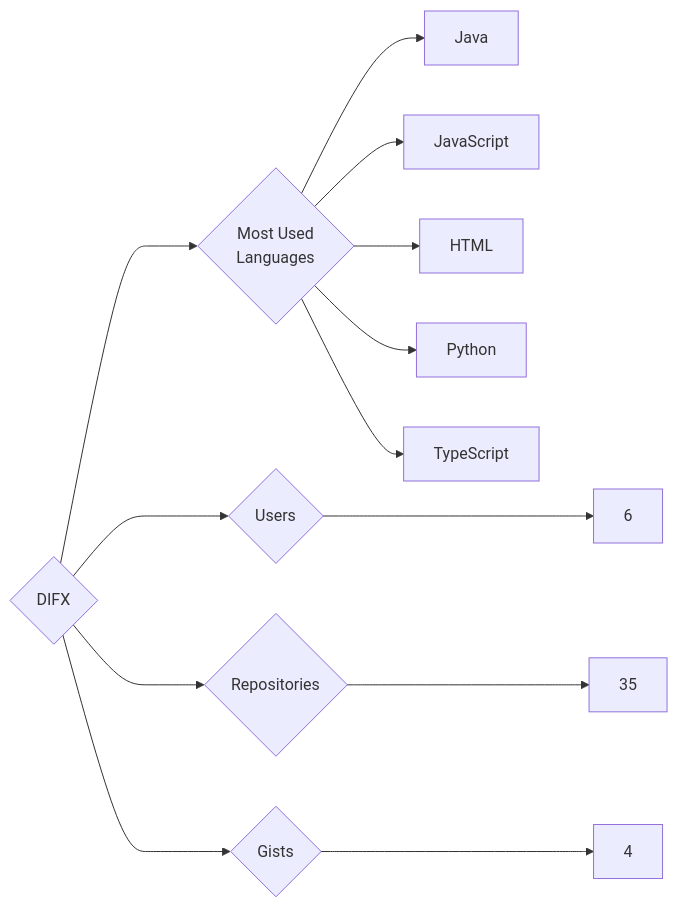
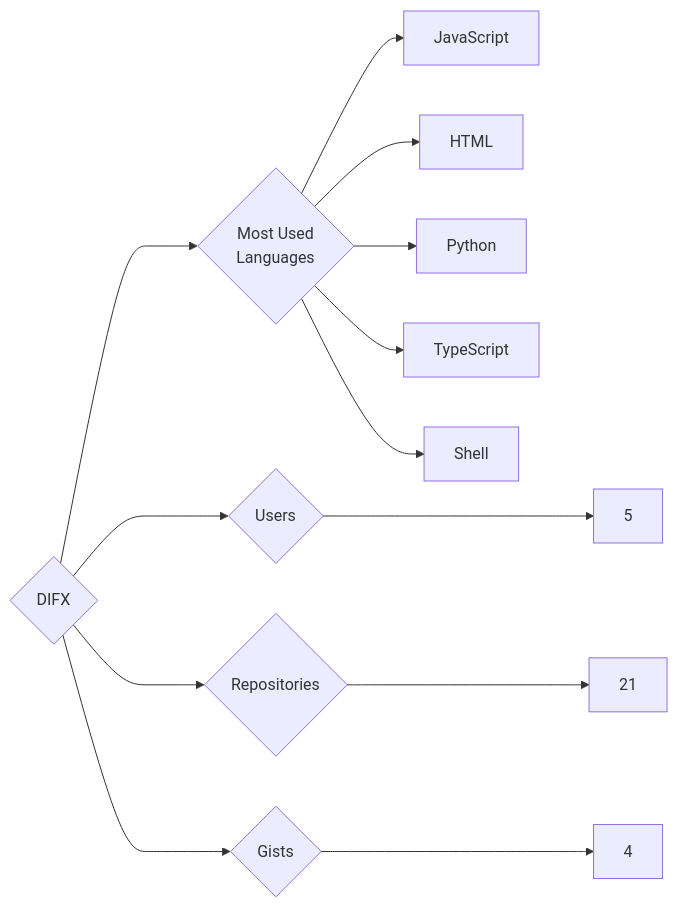
Before and after one commit to trickest/insiders: the diagram in targets/DIFX/README.md, drawn with Mermaid. The commit also changed 1030 other files, not shown here.

````diff
--- a/targets/DIFX/README.md
+++ b/targets/DIFX/README.md
@@ -3,13 +3,13 @@
 ```mermaid
 graph LR
 COMPANY_NAME{DIFX}
-COMPANY_NAME ---> U{Users} ---> UN[6]
-COMPANY_NAME ---> R{Repositories} ---> RN[35]
+COMPANY_NAME ---> U{Users} ---> UN[5]
+COMPANY_NAME ---> R{Repositories} ---> RN[21]
 COMPANY_NAME ---> G{Gists} ---> GN[4]
 COMPANY_NAME ---> ML{Most Used<br>Languages}
-ML --> Java[Java]
 ML --> JavaScript[JavaScript]
 ML --> HTML[HTML]
 ML --> Python[Python]
 ML --> TypeScript[TypeScript]
+ML --> Shell[Shell]
 ```
````
